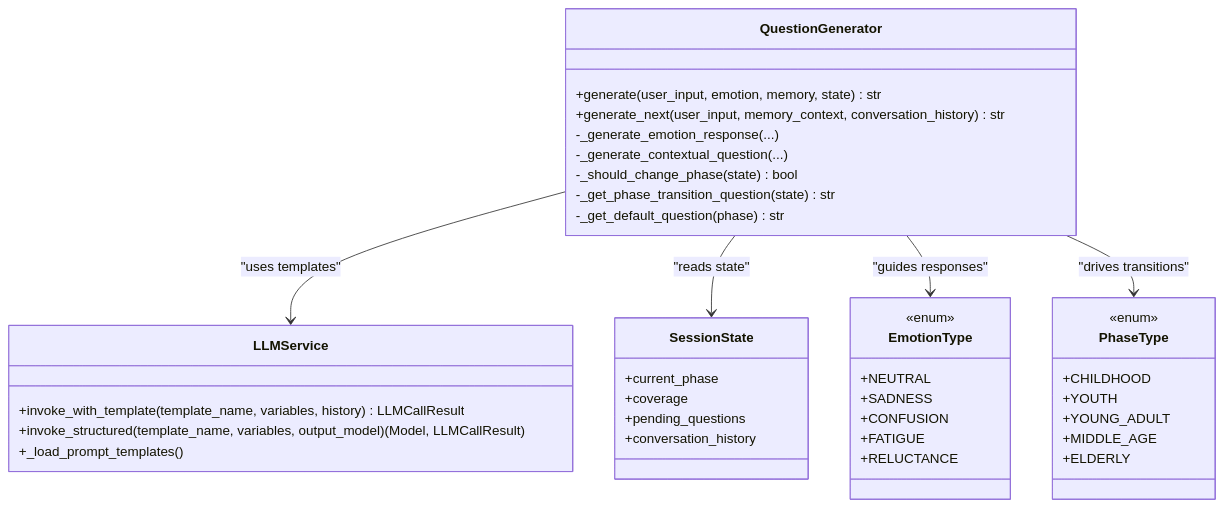
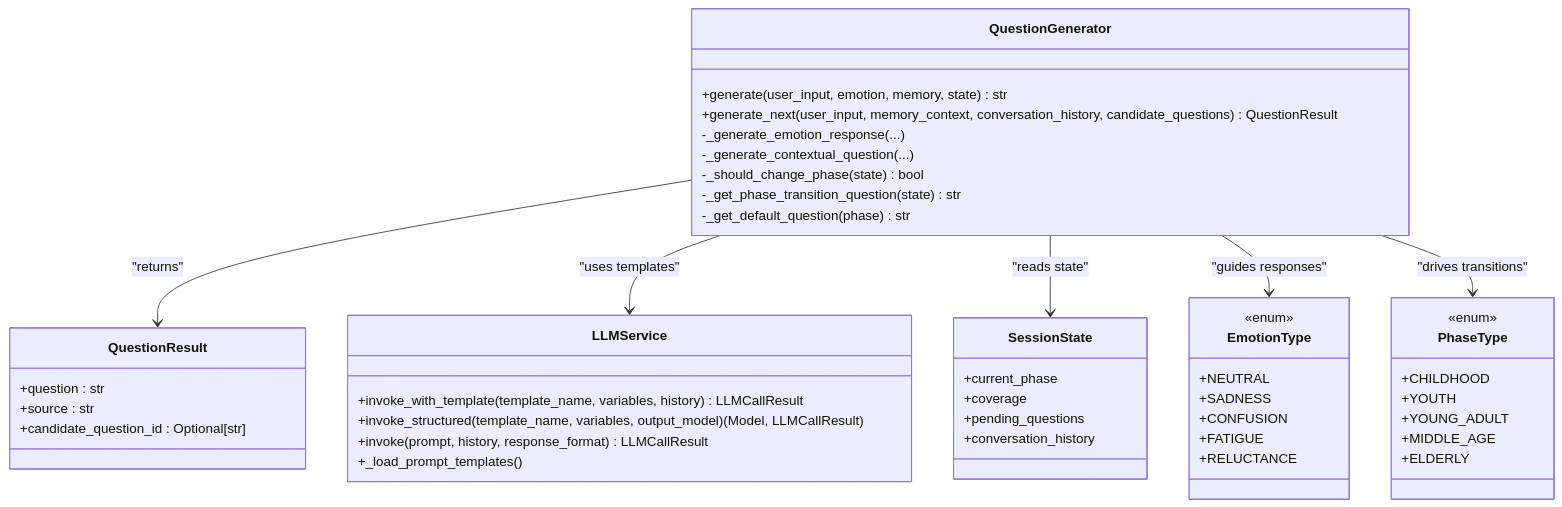
Before and after one commit to WangYiKai1017/zizuan: the fourth of 9 diagrams in .qoder/repowiki/en/content/AI Services/Question Generator.md, drawn with Mermaid. The commit also changed other lines of this file and 31 other files, not shown here.

````diff
--- a/.qoder/repowiki/en/content/AI Services/Question Generator.md
+++ b/.qoder/repowiki/en/content/AI Services/Question Generator.md
@@ -199,43 +260,50 @@
 ```mermaid
 classDiagram
 class QuestionGenerator {
 +generate(user_input, emotion, memory, state) str
-+generate_next(user_input, memory_context, conversation_history) str
++generate_next(user_input, memory_context, conversation_history, candidate_questions) QuestionResult
 -_generate_emotion_response(...)
 -_generate_contextual_question(...)
 -_should_change_phase(state) bool
 -_get_phase_transition_question(state) str
 -_get_default_question(phase) str
 }
+class QuestionResult {
++question : str
++source : str
++candidate_question_id : Optional[str]
+}
 class LLMService {
 +invoke_with_template(template_name, variables, history) LLMCallResult
 +invoke_structured(template_name, variables, output_model) (Model, LLMCallResult)
++invoke(prompt, history, response_format) LLMCallResult
 +_load_prompt_templates()
 }
 class SessionState {
 +current_phase
 +coverage
 +pending_questions
 +conversation_history
 }
 class EmotionType {
 <<enum>>
 +NEUTRAL
 +SADNESS
 +CONFUSION
 +FATIGUE
 +RELUCTANCE
 }
 class PhaseType {
 <<enum>>
 +CHILDHOOD
 +YOUTH
 +YOUNG_ADULT
 +MIDDLE_AGE
 +ELDERLY
 }
+QuestionGenerator --> QuestionResult : "returns"
 QuestionGenerator --> LLMService : "uses templates"
 QuestionGenerator --> SessionState : "reads state"
 QuestionGenerator --> EmotionType : "guides responses"
 QuestionGenerator --> PhaseType : "drives transitions"
 ```
````
